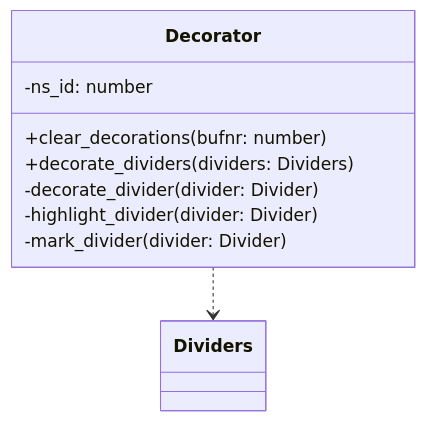
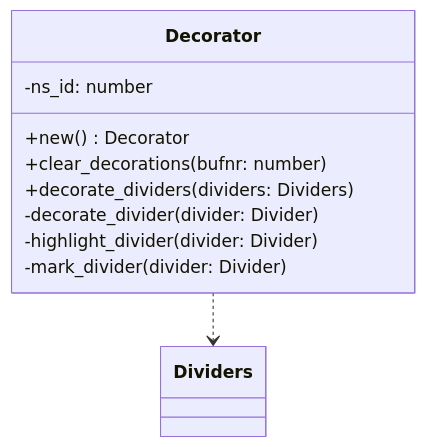
The third of 8 diagrams in DESIGN.md (niuiic/divider.nvim), drawn with Mermaid before and after one commit. The commit also changed other lines of this file and 6 other files, not shown here.

````diff
--- a/DESIGN.md
+++ b/DESIGN.md
@@ -110,13 +107,14 @@
 ```mermaid
 classDiagram
     Decorator ..> Dividers
     class Decorator {
+        -ns_id: number
+
+        +new() Decorator
         +clear_decorations(bufnr: number)
         +decorate_dividers(dividers: Dividers)
         -decorate_divider(divider: Divider)
         -highlight_divider(divider: Divider)
         -mark_divider(divider: Divider)
-
-        -ns_id: number
     }
 ```
````
